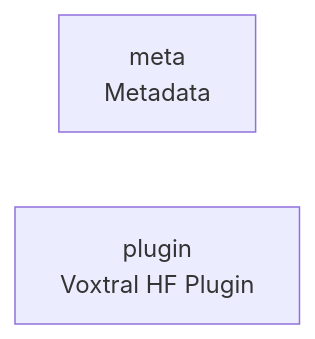
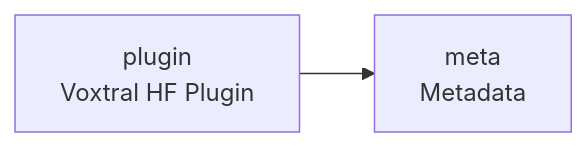
Before and after one commit to cj-mills/cjm-transcription-plugin-voxtral-hf: the diagram in README.md, drawn with Mermaid. The commit also changed other lines of this file and 4 other files, not shown here.

````diff
--- a/README.md
+++ b/README.md
@@ -22,5 +22,7 @@
 ``` mermaid
 graph LR
     meta[meta<br/>Metadata]
     plugin[plugin<br/>Voxtral HF Plugin]
+
+    plugin --> meta
 ```
````
